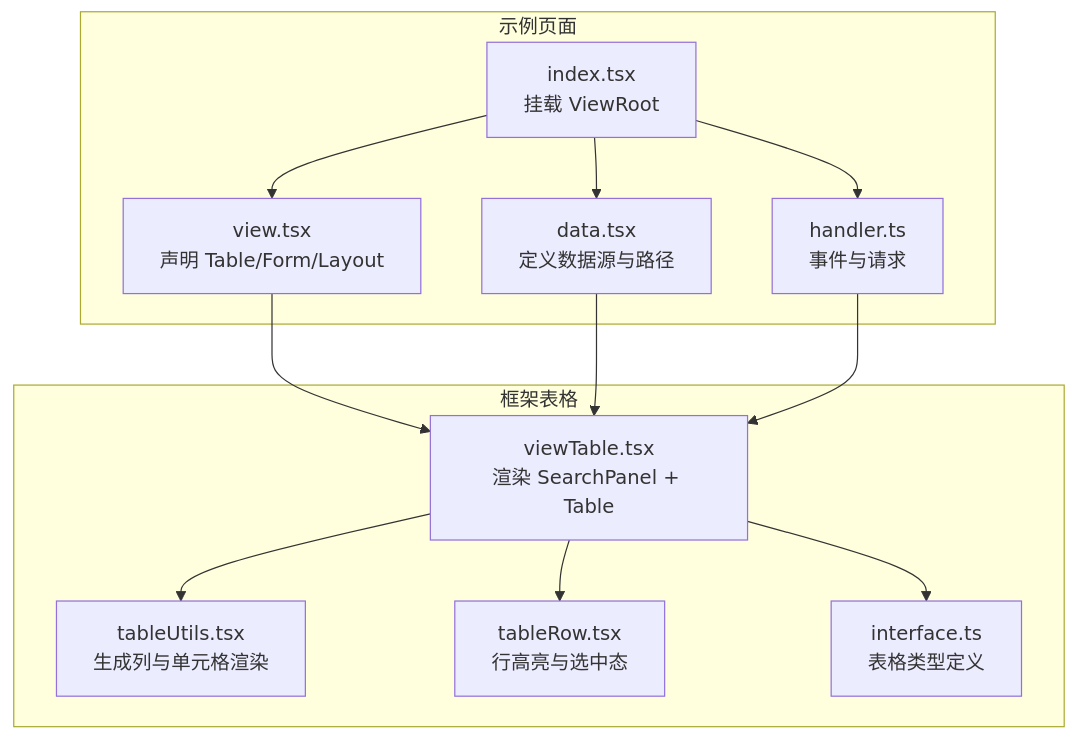
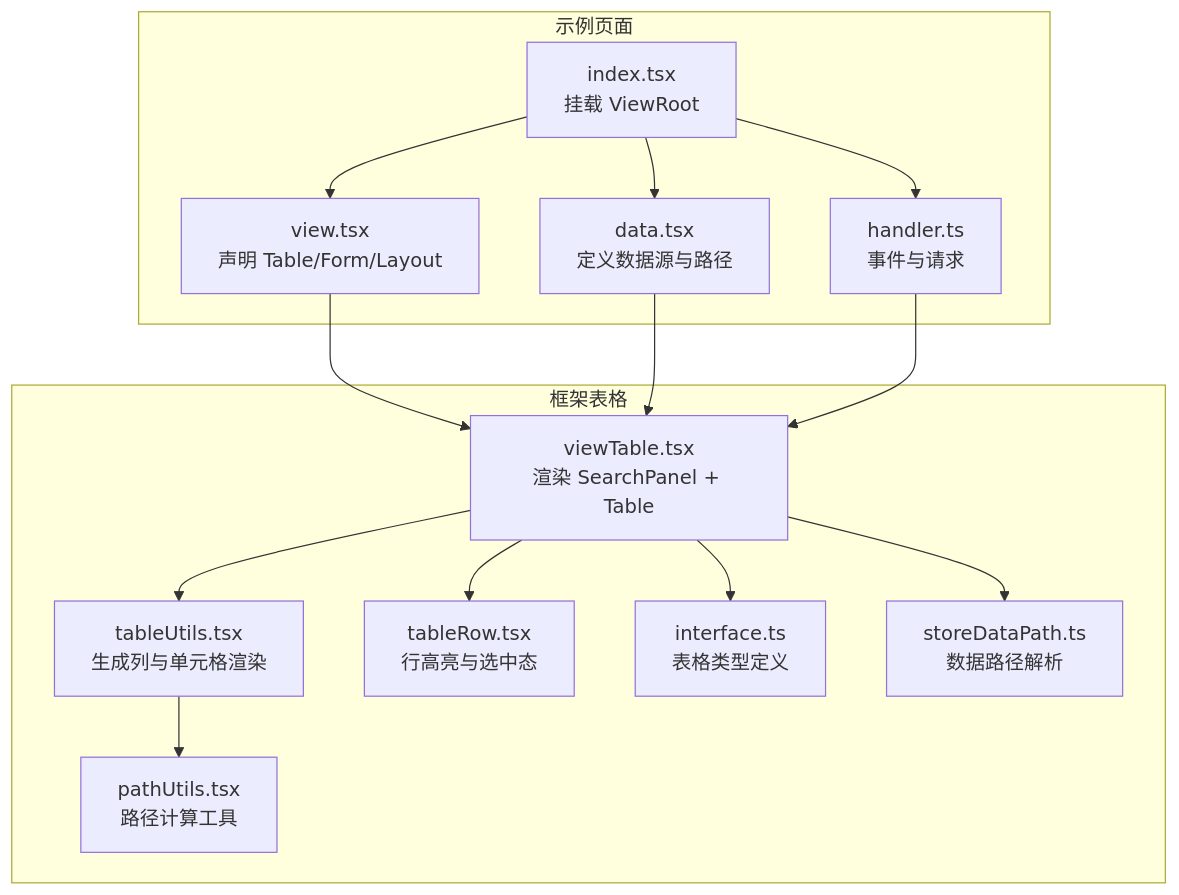
One commit to liqiongke/FrontArk changed the first of 8 diagrams in .qoder/repowiki/zh/content/组件库/数据组件/表格组件.md. Above: the diagram before and after it, drawn with Mermaid. The commit also changed other lines of this file and 6 other files, not shown here.

````diff
--- a/.qoder/repowiki/zh/content/组件库/数据组件/表格组件.md
+++ b/.qoder/repowiki/zh/content/组件库/数据组件/表格组件.md
@@ -37,20 +48,24 @@
 ```mermaid
 graph TB
 subgraph "示例页面"
 A["index.tsx<br/>挂载 ViewRoot"] --> B["view.tsx<br/>声明 Table/Form/Layout"]
 A --> C["data.tsx<br/>定义数据源与路径"]
 A --> D["handler.ts<br/>事件与请求"]
 end
 subgraph "框架表格"
 E["viewTable.tsx<br/>渲染 SearchPanel + Table"]
 F["tableUtils.tsx<br/>生成列与单元格渲染"]
 G["tableRow.tsx<br/>行高亮与选中态"]
 H["interface.ts<br/>表格类型定义"]
+I["pathUtils.tsx<br/>路径计算工具"]
+J["storeDataPath.ts<br/>数据路径解析"]
 end
 B --> E
 C --> E
 D --> E
 E --> F
 E --> G
 E --> H
+F --> I
+E --> J
 ```
````
